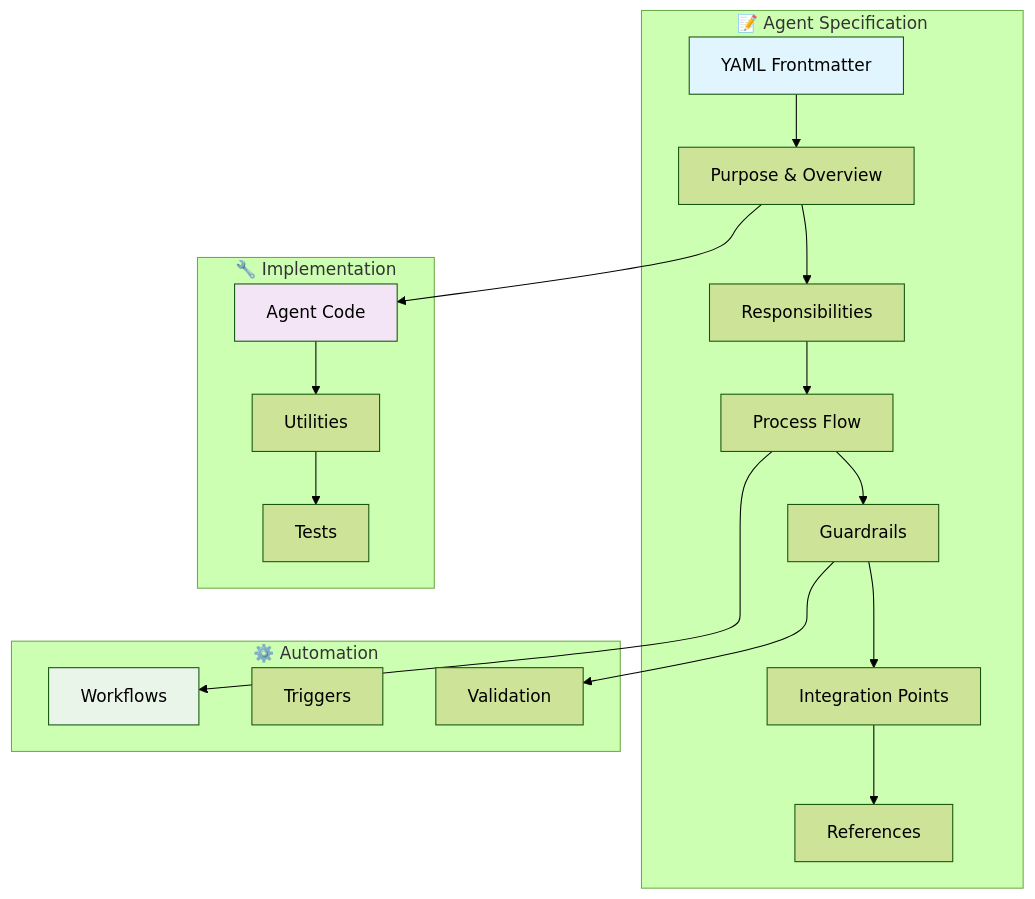
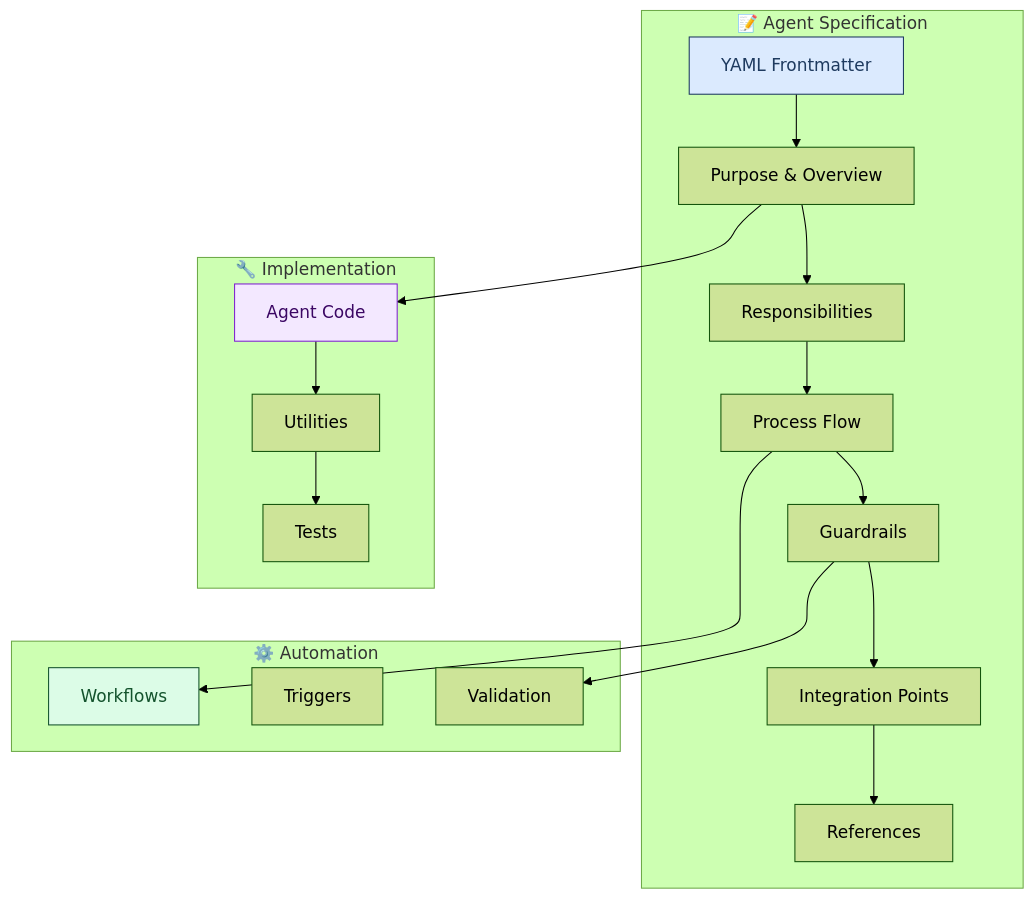
Before and after one commit to lightspeedwp/.github: the first of 8 diagrams in agents/linear-advisor-agent/agent/references/agent_files/docs/AGENT_CREATION.md, drawn with Mermaid (forest theme). The commit also changed other lines of this file and 5 other files, not shown here.

First line of the commit message:
fix(ci): remaining mermaid a11y/contrast, changelog freshness, and E2BIG hardening

````diff
--- a/agents/linear-advisor-agent/agent/references/agent_files/docs/AGENT_CREATION.md
+++ b/agents/linear-advisor-agent/agent/references/agent_files/docs/AGENT_CREATION.md
@@ -120,41 +120,43 @@
 ```mermaid
 graph TB
+accTitle: Agent specification architecture
+accDescr: Diagram of an agent specification's structure, showing YAML frontmatter, purpose and overview, responsibilities, process flow, and guardrails as components of the spec.
     subgraph "📝 Agent Specification"
         A[YAML Frontmatter]
         B[Purpose & Overview]
         C[Responsibilities]
         D[Process Flow]
         E[Guardrails]
         F[Integration Points]
         G[References]
     end
 
     subgraph "🔧 Implementation"
         H[Agent Code]
         I[Utilities]
         J[Tests]
     end
 
     subgraph "⚙️ Automation"
         K[Workflows]
         L[Triggers]
         M[Validation]
     end
 
     A --> B
     B --> C
     C --> D
     D --> E
     E --> F
     F --> G
 
     B --> H
     D --> K
     E --> M
     H --> I
     I --> J
 
-    style A fill:#e1f5fe
-    style H fill:#f3e5f5
-    style K fill:#e8f5e8
+    style A fill:#dbeafe,color:#1e3a5f,stroke:#1e3a5f
+    style H fill:#f3e8ff,color:#3b0764,stroke:#7e22ce
+    style K fill:#dcfce7,color:#14532d,stroke:#14532d
 ```
````
